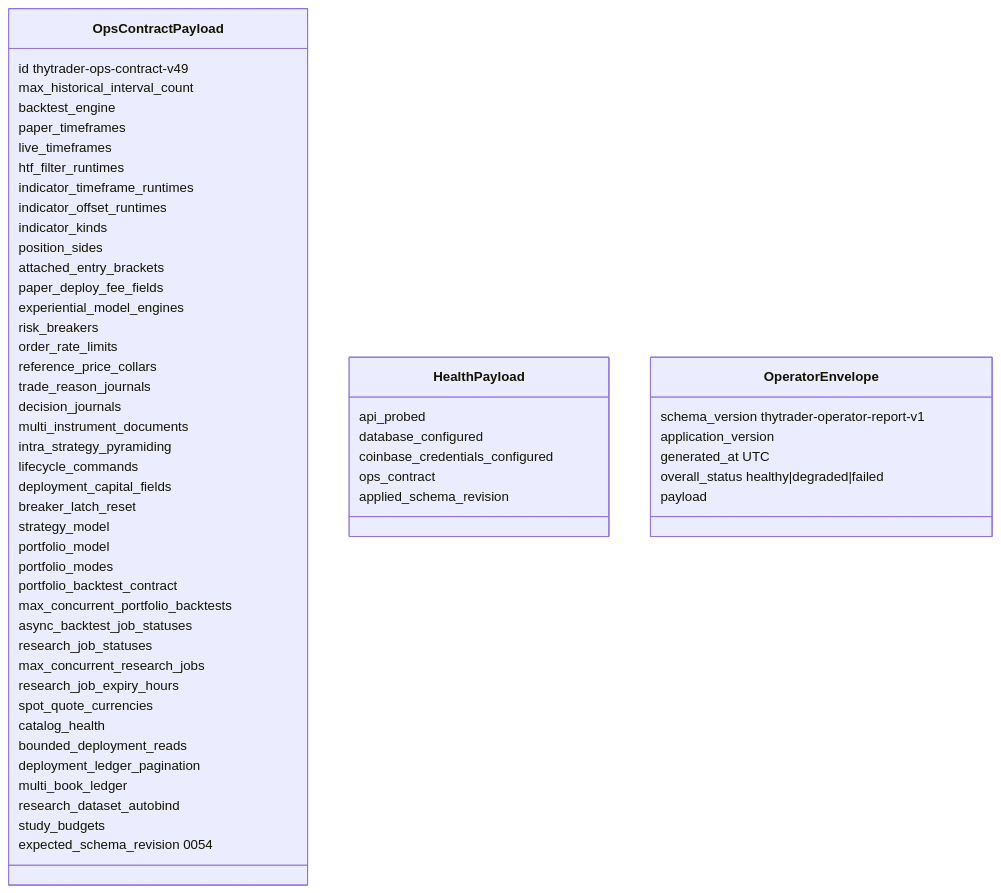
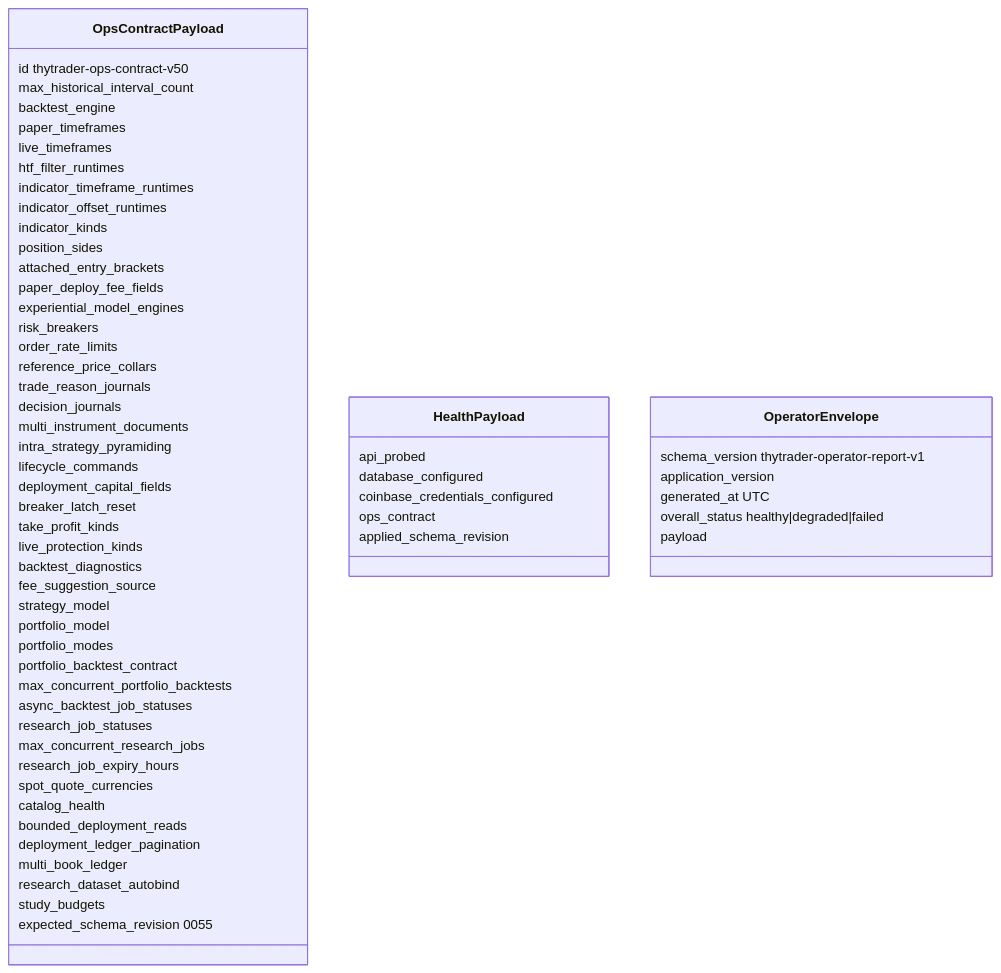
Before and after one commit to Zoltesh/thytrader: the diagram in docs/architecture/contracts/ops-contract.md, drawn with Mermaid. The commit also changed other lines of this file and 93 other files, not shown here.

````diff
--- a/docs/architecture/contracts/ops-contract.md
+++ b/docs/architecture/contracts/ops-contract.md
@@ -55,59 +59,63 @@
 ```mermaid
 classDiagram
   class OpsContractPayload {
-    id thytrader-ops-contract-v49
+    id thytrader-ops-contract-v50
     max_historical_interval_count
     backtest_engine
     paper_timeframes
     live_timeframes
     htf_filter_runtimes
     indicator_timeframe_runtimes
     indicator_offset_runtimes
     indicator_kinds
     position_sides
     attached_entry_brackets
     paper_deploy_fee_fields
     experiential_model_engines
     risk_breakers
     order_rate_limits
     reference_price_collars
     trade_reason_journals
     decision_journals
     multi_instrument_documents
     intra_strategy_pyramiding
     lifecycle_commands
     deployment_capital_fields
     breaker_latch_reset
+    take_profit_kinds
+    live_protection_kinds
+    backtest_diagnostics
+    fee_suggestion_source
     strategy_model
     portfolio_model
     portfolio_modes
     portfolio_backtest_contract
     max_concurrent_portfolio_backtests
     async_backtest_job_statuses
     research_job_statuses
     max_concurrent_research_jobs
     research_job_expiry_hours
     spot_quote_currencies
     catalog_health
     bounded_deployment_reads
     deployment_ledger_pagination
     multi_book_ledger
     research_dataset_autobind
     study_budgets
-    expected_schema_revision 0054
+    expected_schema_revision 0055
   }
   class HealthPayload {
     api_probed
     database_configured
     coinbase_credentials_configured
     ops_contract
     applied_schema_revision
   }
   class OperatorEnvelope {
     schema_version thytrader-operator-report-v1
     application_version
     generated_at UTC
     overall_status healthy|degraded|failed
     payload
   }
 ```
````
